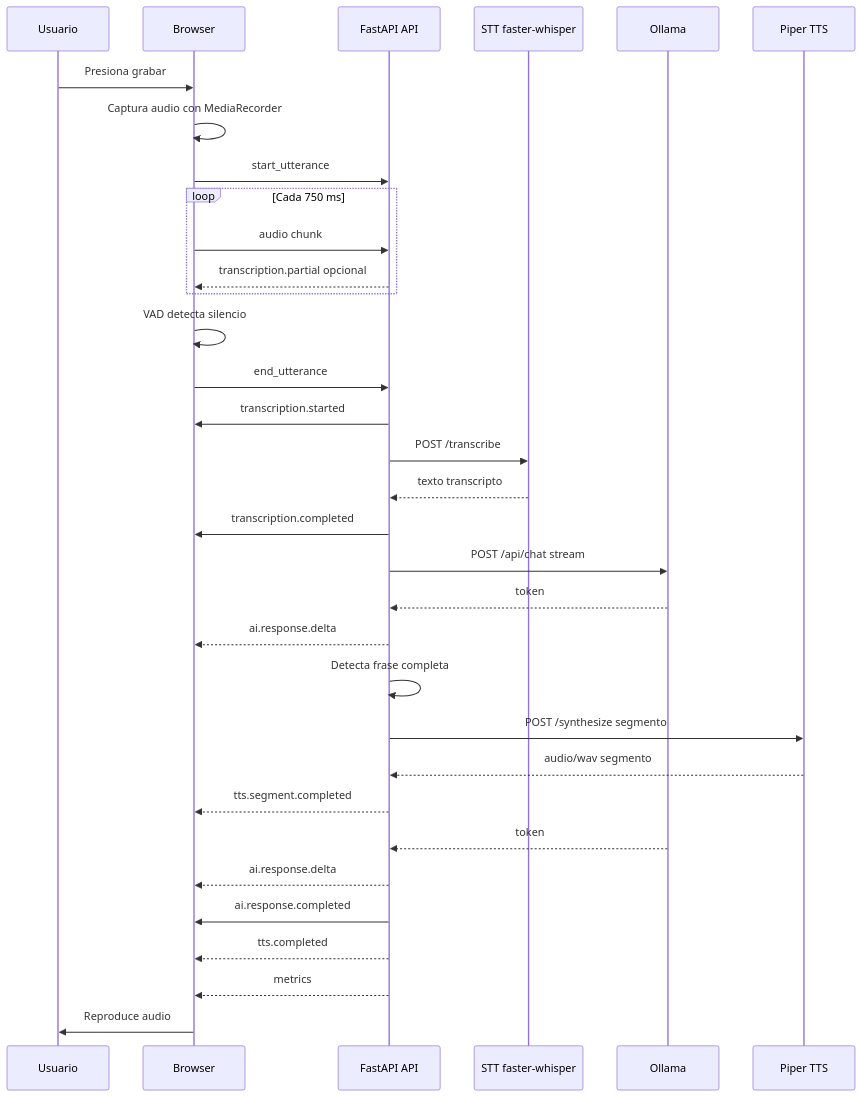
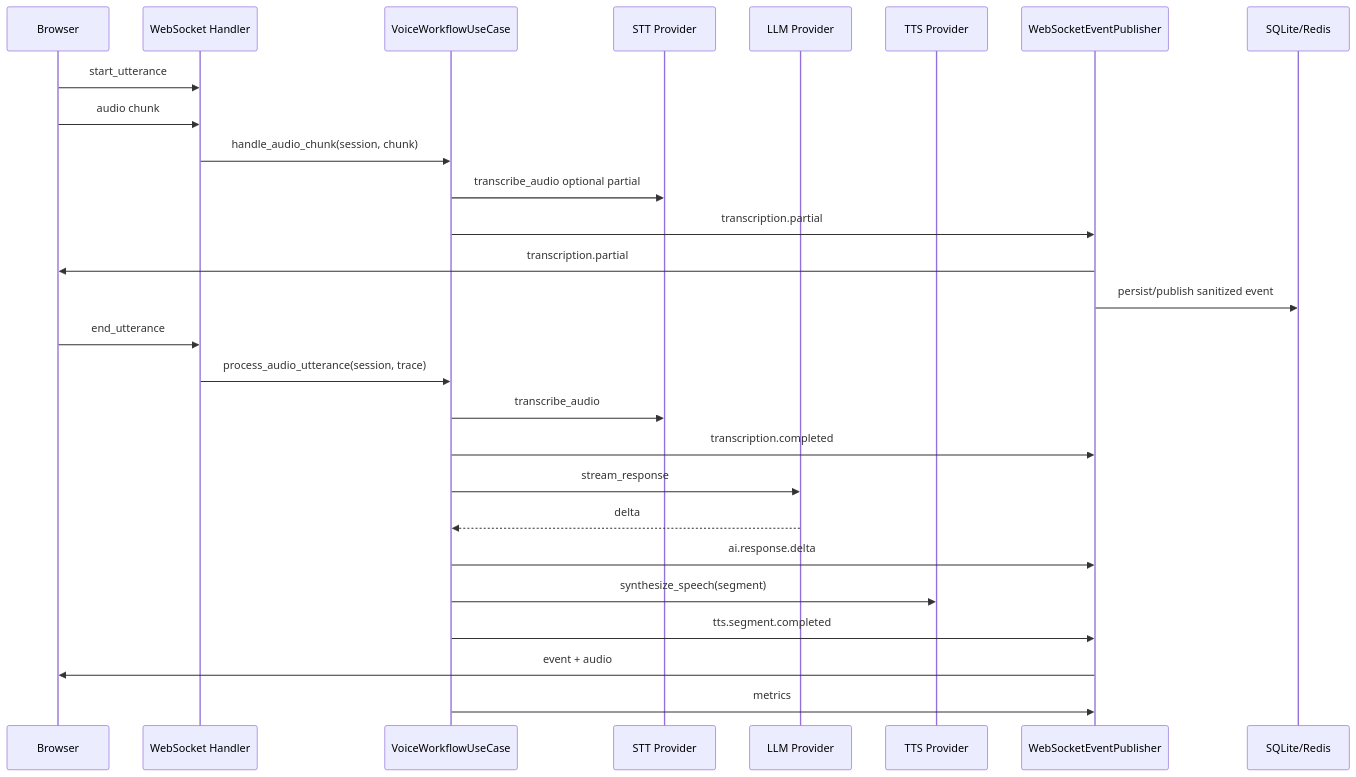
One commit to erdrako/voice-ai-streaming-trainer changed the fourth of 6 diagrams in docs/diagrams.md. Above: the diagram before and after it, drawn with Mermaid. The commit also changed other lines of this file and 57 other files, not shown here.

Commit message:
Refactor into layered training architecture

````diff
--- a/docs/diagrams.md
+++ b/docs/diagrams.md
@@ -21,36 +50,30 @@
 ```mermaid
 sequenceDiagram
-    participant U as Usuario
     participant B as Browser
-    participant A as FastAPI API
-    participant S as STT faster-whisper
-    participant O as Ollama
-    participant T as Piper TTS
+    participant W as WebSocket Handler
+    participant U as VoiceWorkflowUseCase
+    participant S as STT Provider
+    participant L as LLM Provider
+    participant T as TTS Provider
+    participant P as WebSocketEventPublisher
+    participant O as SQLite/Redis
 
-    U->>B: Presiona grabar
-    B->>B: Captura audio con MediaRecorder
-    B->>A: start_utterance
-    loop Cada 750 ms
-        B->>A: audio chunk
-        A-->>B: transcription.partial opcional
-    end
-    B->>B: VAD detecta silencio
-    B->>A: end_utterance
-    A->>B: transcription.started
-    A->>S: POST /transcribe
-    S-->>A: texto transcripto
-    A->>B: transcription.completed
-    A->>O: POST /api/chat stream
-    O-->>A: token
-    A-->>B: ai.response.delta
-    A->>A: Detecta frase completa
-    A->>T: POST /synthesize segmento
-    T-->>A: audio/wav segmento
-    A-->>B: tts.segment.completed
-    O-->>A: token
-    A-->>B: ai.response.delta
-    A->>B: ai.response.completed
-    A-->>B: tts.completed
-    A-->>B: metrics
-    B->>U: Reproduce audio
+    B->>W: start_utterance
+    B->>W: audio chunk
+    W->>U: handle_audio_chunk(session, chunk)
+    U->>S: transcribe_audio optional partial
+    U->>P: transcription.partial
+    P->>B: transcription.partial
+    P->>O: persist/publish sanitized event
+    B->>W: end_utterance
+    W->>U: process_audio_utterance(session, trace)
+    U->>S: transcribe_audio
+    U->>P: transcription.completed
+    U->>L: stream_response
+    L-->>U: delta
+    U->>P: ai.response.delta
+    U->>T: synthesize_speech(segment)
+    U->>P: tts.segment.completed
+    P->>B: event + audio
+    U->>P: metrics
 ```
````
